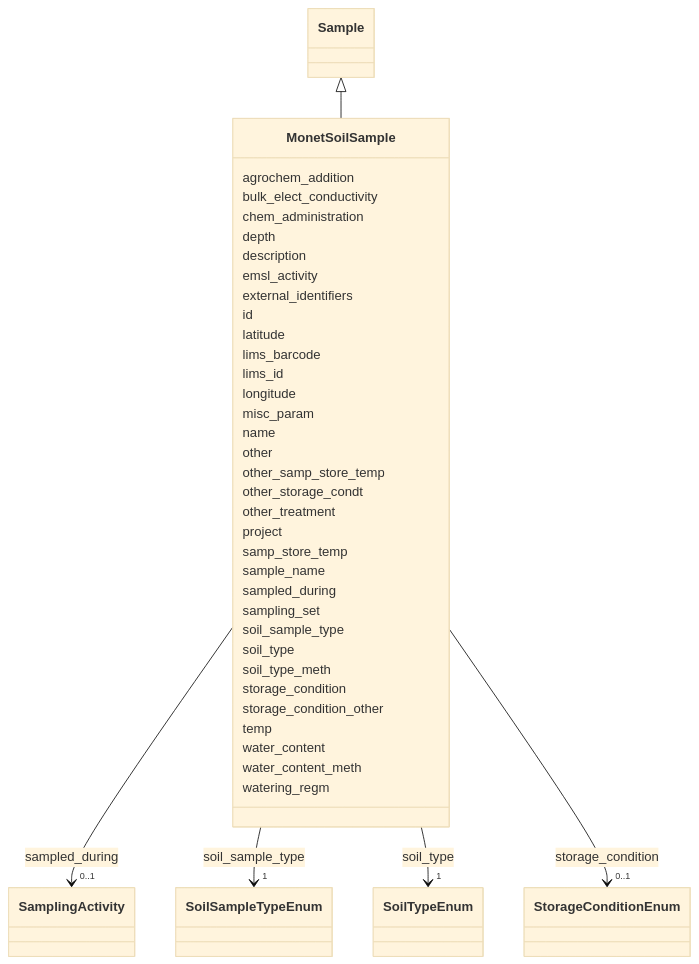
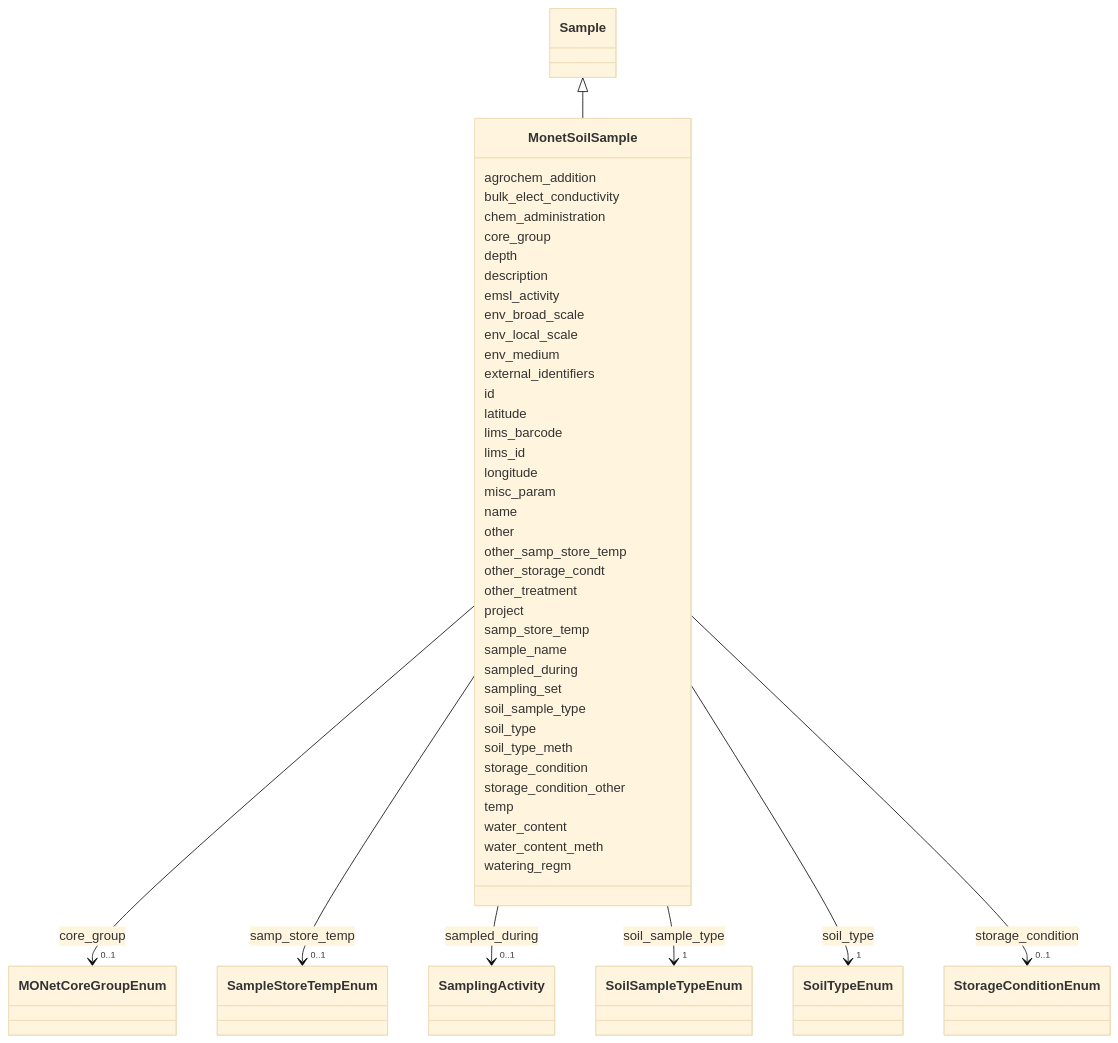
The diagram in docs/elements/MonetSoilSample.md (EMSL-Computing/BASALT-Schema), drawn with Mermaid (base theme) before and after one commit. The commit also changed other lines of this file and 388 other files, not shown here.

```diff
--- a/docs/elements/MonetSoilSample.md
+++ b/docs/elements/MonetSoilSample.md
@@ -29,11 +29,29 @@
         
       MonetSoilSample : chem_administration
         
+      MonetSoilSample : core_group
+        
+          
+    
+    
+    
+    
+    MonetSoilSample --> "0..1" MONetCoreGroupEnum : core_group
+    click MONetCoreGroupEnum href "../MONetCoreGroupEnum"
+    
+
+        
       MonetSoilSample : depth
         
       MonetSoilSample : description
         
       MonetSoilSample : emsl_activity
+        
+      MonetSoilSample : env_broad_scale
+        
+      MonetSoilSample : env_local_scale
+        
+      MonetSoilSample : env_medium
         
       MonetSoilSample : external_identifiers
         
@@ -70,6 +88,11 @@
         
           
     
+    
+    
+    
+    MonetSoilSample --> "0..1" SampleStoreTempEnum : samp_store_temp
+    click SampleStoreTempEnum href "../SampleStoreTempEnum"
     
 
         
```
